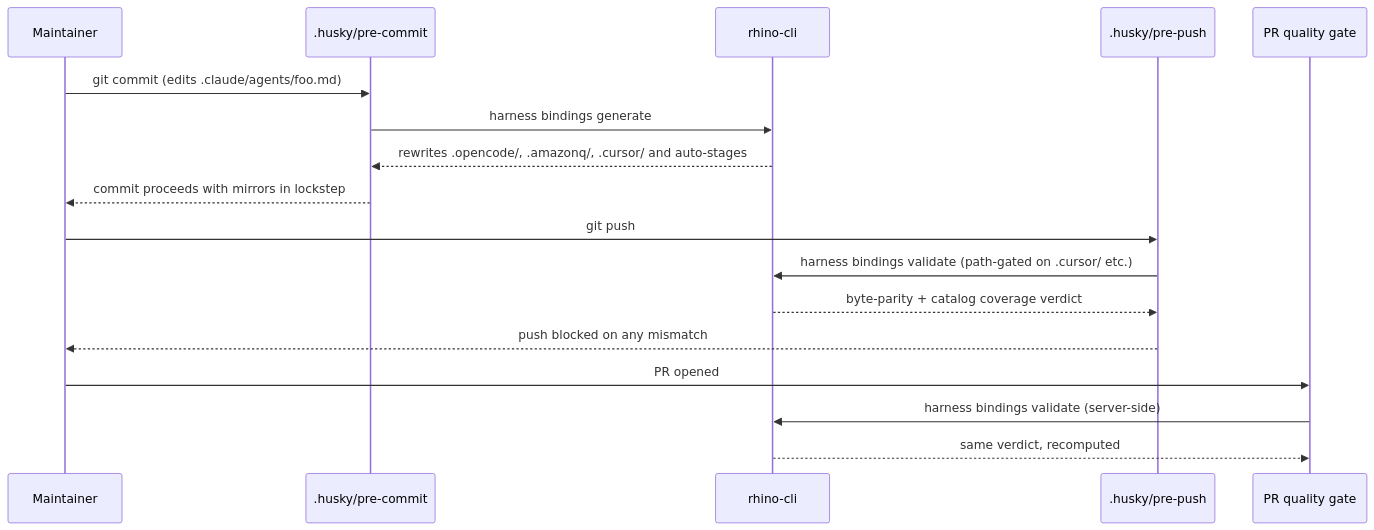
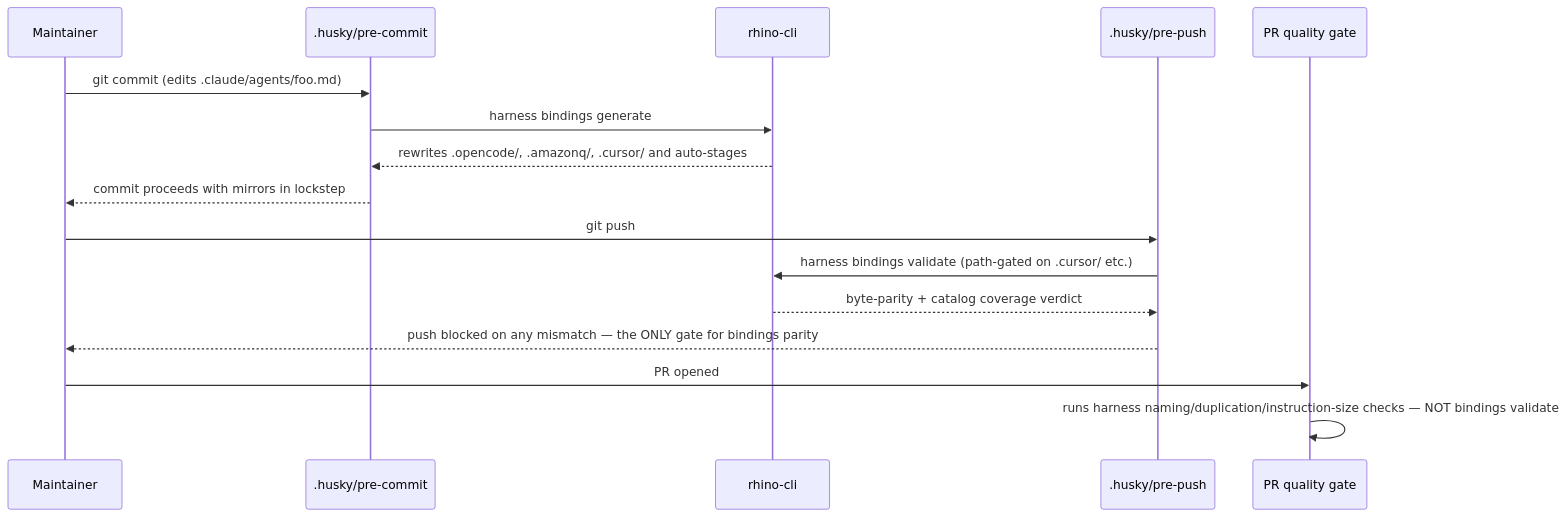
Before and after one commit to wahidyankf/baseerah: the third of 7 diagrams in plans/in-progress/adopt-cursor-platform-binding/tech-docs.md, drawn with Mermaid. The commit also changed other lines of this file and 1 other file, not shown here.

First line of the commit message:
docs(plans): fix cursor-plan iteration-8 quality-gate findings

````diff
--- a/plans/in-progress/adopt-cursor-platform-binding/tech-docs.md
+++ b/plans/in-progress/adopt-cursor-platform-binding/tech-docs.md
@@ -112,21 +112,20 @@
 ```mermaid
 %% Sequence: how a Claude agent edit reaches a guarded Cursor mirror
 sequenceDiagram
     participant Dev as Maintainer
     participant PC as .husky/pre-commit
     participant RC as rhino-cli
     participant PP as .husky/pre-push
     participant CI as PR quality gate
 
     Dev->>PC: git commit (edits .claude/agents/foo.md)
     PC->>RC: harness bindings generate
     RC-->>PC: rewrites .opencode/, .amazonq/, .cursor/ and auto-stages
     PC-->>Dev: commit proceeds with mirrors in lockstep
     Dev->>PP: git push
     PP->>RC: harness bindings validate (path-gated on .cursor/ etc.)
     RC-->>PP: byte-parity + catalog coverage verdict
-    PP-->>Dev: push blocked on any mismatch
+    PP-->>Dev: push blocked on any mismatch — the ONLY gate for bindings parity
     Dev->>CI: PR opened
-    CI->>RC: harness bindings validate (server-side)
-    RC-->>CI: same verdict, recomputed
+    CI->>CI: runs harness naming/duplication/instruction-size checks — NOT bindings validate
 ```
````
